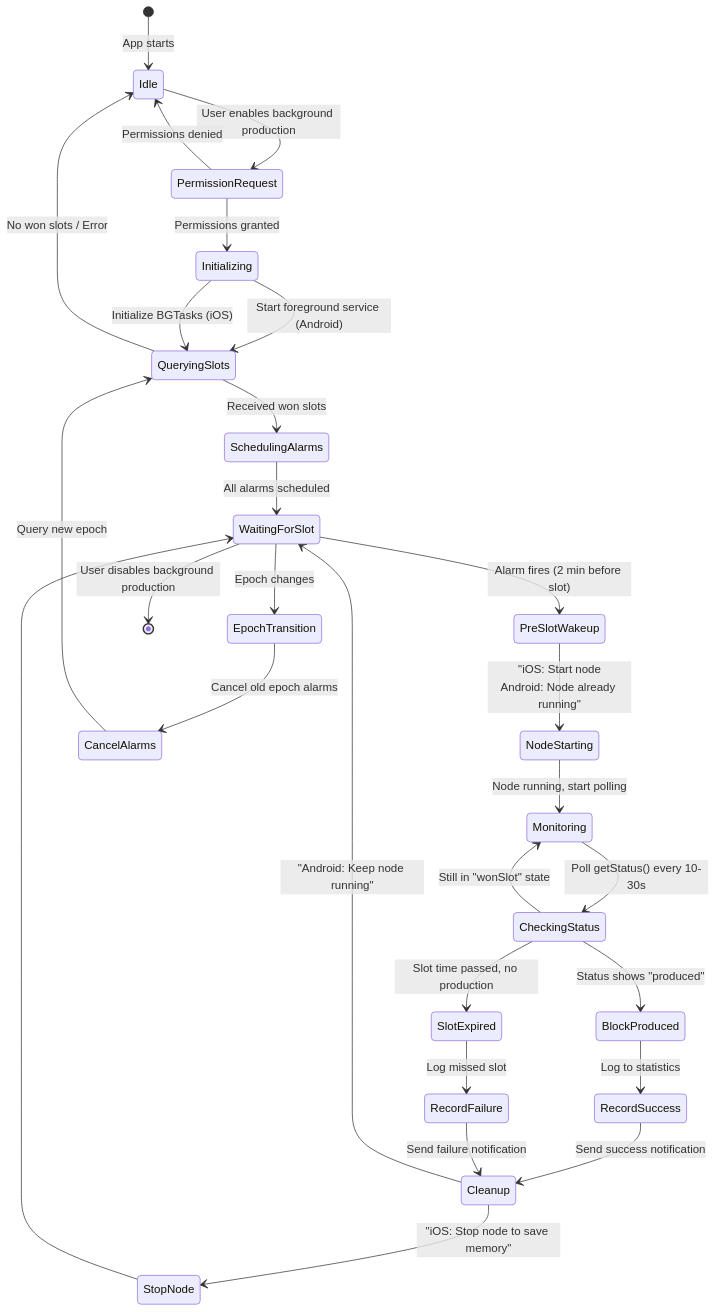
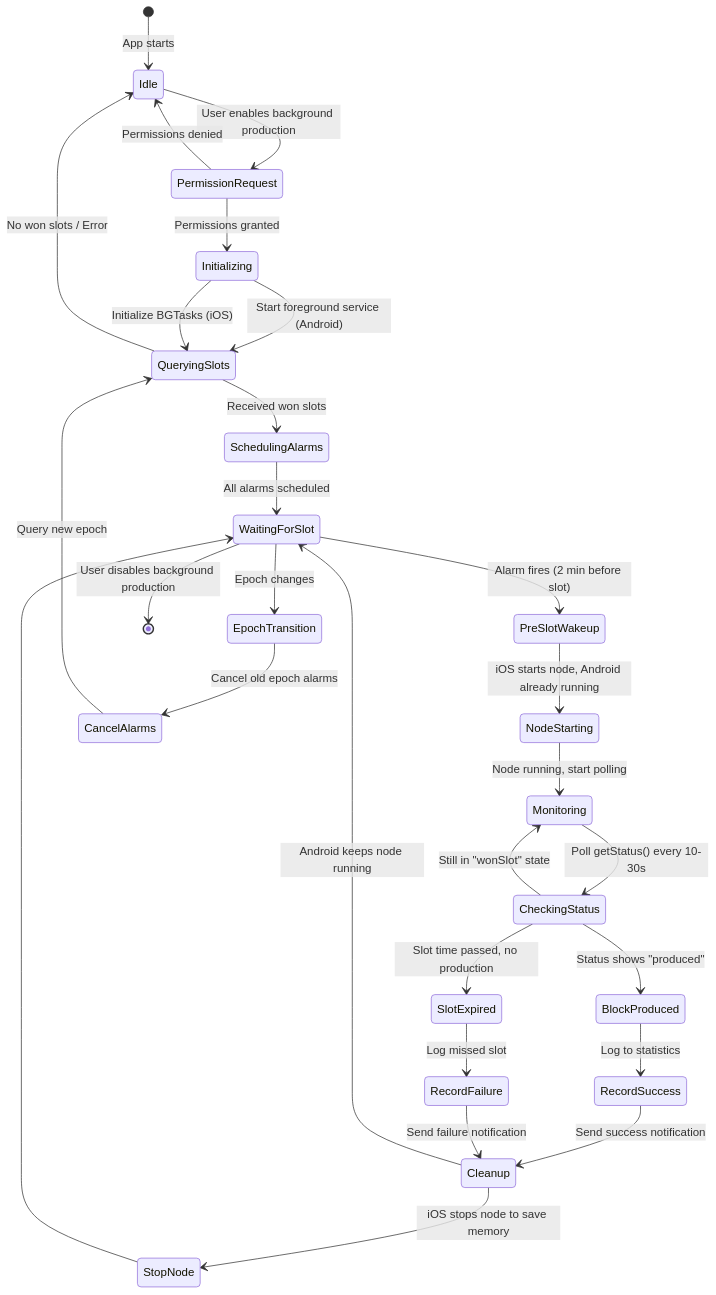
One commit to Usernode-Labs/flutter-mobile-app changed the fourth of 4 diagrams in docs/background-block-production.md. Above: the diagram before and after it, drawn with Mermaid. The commit also changed other lines of this file, not shown here.

````diff
--- a/docs/background-block-production.md
+++ b/docs/background-block-production.md
@@ -403,44 +408,44 @@
 ```mermaid
 stateDiagram-v2
     [*] --> Idle: App starts
 
     Idle --> PermissionRequest: User enables background production
     PermissionRequest --> Initializing: Permissions granted
     PermissionRequest --> Idle: Permissions denied
 
     Initializing --> QueryingSlots: Start foreground service (Android)
     Initializing --> QueryingSlots: Initialize BGTasks (iOS)
 
     QueryingSlots --> SchedulingAlarms: Received won slots
     QueryingSlots --> Idle: No won slots / Error
 
     SchedulingAlarms --> WaitingForSlot: All alarms scheduled
 
     WaitingForSlot --> PreSlotWakeup: Alarm fires (2 min before slot)
     WaitingForSlot --> EpochTransition: Epoch changes
 
-    PreSlotWakeup --> NodeStarting: "iOS: Start node<br/>Android: Node already running"
+    PreSlotWakeup --> NodeStarting: iOS starts node, Android already running
 
     NodeStarting --> Monitoring: Node running, start polling
 
     Monitoring --> CheckingStatus: Poll getStatus() every 10-30s
 
     CheckingStatus --> BlockProduced: Status shows "produced"
     CheckingStatus --> SlotExpired: Slot time passed, no production
     CheckingStatus --> Monitoring: Still in "wonSlot" state
 
     BlockProduced --> RecordSuccess: Log to statistics
     SlotExpired --> RecordFailure: Log missed slot
 
     RecordSuccess --> Cleanup: Send success notification
     RecordFailure --> Cleanup: Send failure notification
 
-    Cleanup --> StopNode: "iOS: Stop node to save memory"
-    Cleanup --> WaitingForSlot: "Android: Keep node running"
+    Cleanup --> StopNode: iOS stops node to save memory
+    Cleanup --> WaitingForSlot: Android keeps node running
     StopNode --> WaitingForSlot
 
     EpochTransition --> CancelAlarms: Cancel old epoch alarms
     CancelAlarms --> QueryingSlots: Query new epoch
 
     WaitingForSlot --> [*]: User disables background production
 ```
````
